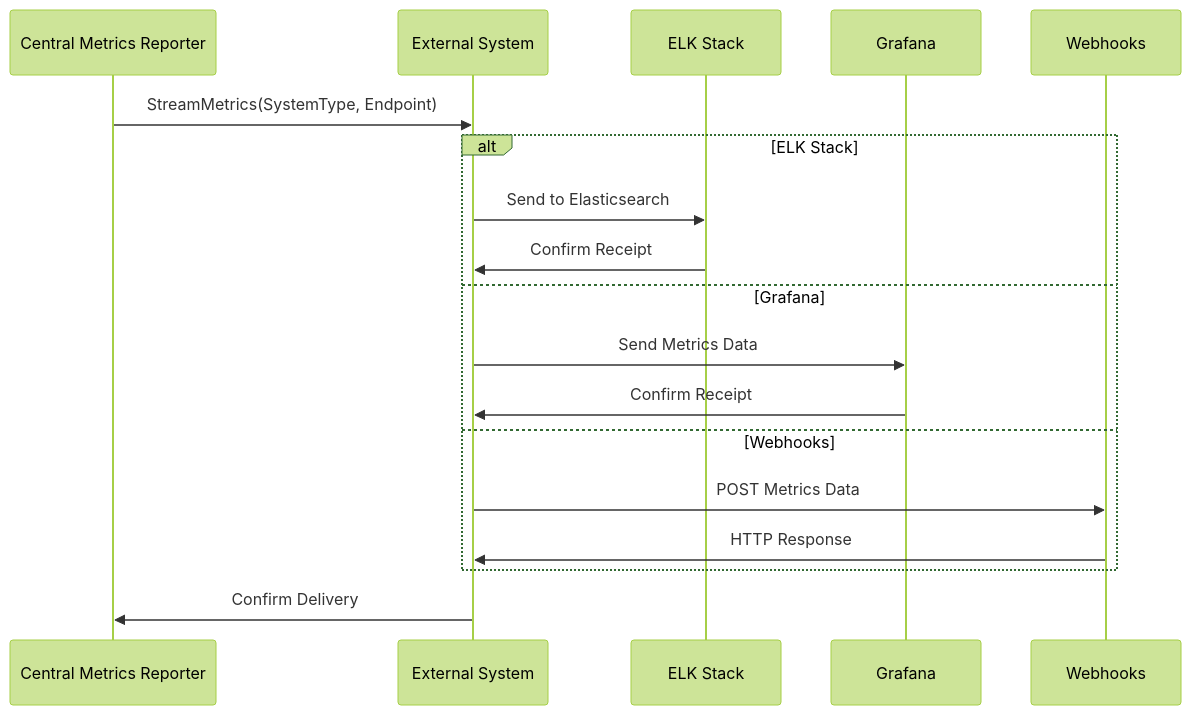
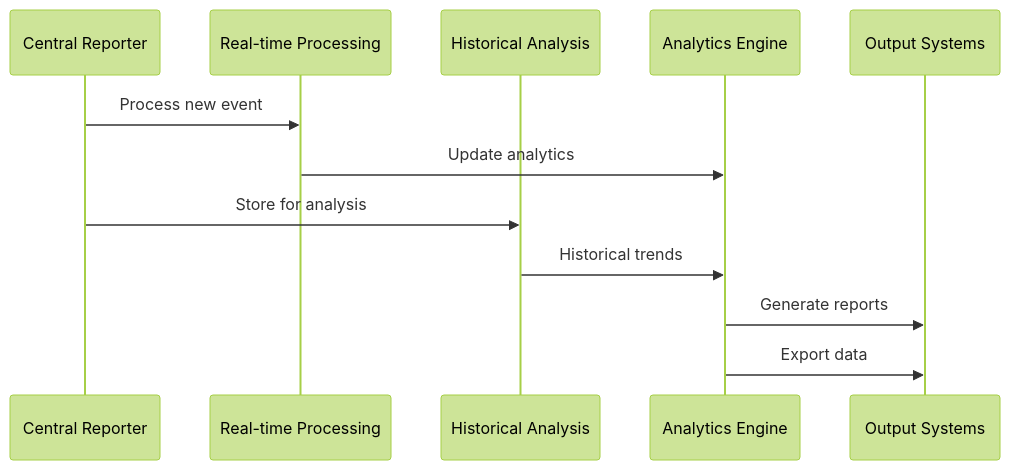
One commit to DeadmanJack/PlanetDefender changed the fourth of 4 diagrams in docs/metrics/GWIZCentralMetricsReporter_Design.md. Above: the diagram before and after it, drawn with Mermaid (forest theme). The commit also changed other lines of this file and 6 other files, not shown here.

Commit message:
Updated plan for metrics gathering, data structures, etc

````diff
--- a/docs/metrics/GWIZCentralMetricsReporter_Design.md
+++ b/docs/metrics/GWIZCentralMetricsReporter_Design.md
@@ -429,21 +393,15 @@
 ```mermaid
 sequenceDiagram
-    participant CMR as Central Metrics Reporter
-    participant ES as External System
-    participant ELK as ELK Stack
-    participant GRAF as Grafana
-    participant WEB as Webhooks
+    participant CMR as Central Reporter
+    participant RT as Real-time Processing
+    participant HT as Historical Analysis
+    participant AL as Analytics Engine
+    participant OUT as Output Systems
     
-    CMR->>ES: StreamMetrics(SystemType, Endpoint)
-    alt ELK Stack
-        ES->>ELK: Send to Elasticsearch
-        ELK->>ES: Confirm Receipt
-    else Grafana
-        ES->>GRAF: Send Metrics Data
-        GRAF->>ES: Confirm Receipt
-    else Webhooks
-        ES->>WEB: POST Metrics Data
-        WEB->>ES: HTTP Response
-    end
-    ES->>CMR: Confirm Delivery
+    CMR->>RT: Process new event
+    RT->>AL: Update analytics
+    CMR->>HT: Store for analysis
+    HT->>AL: Historical trends
+    AL->>OUT: Generate reports
+    AL->>OUT: Export data
 ```
````
